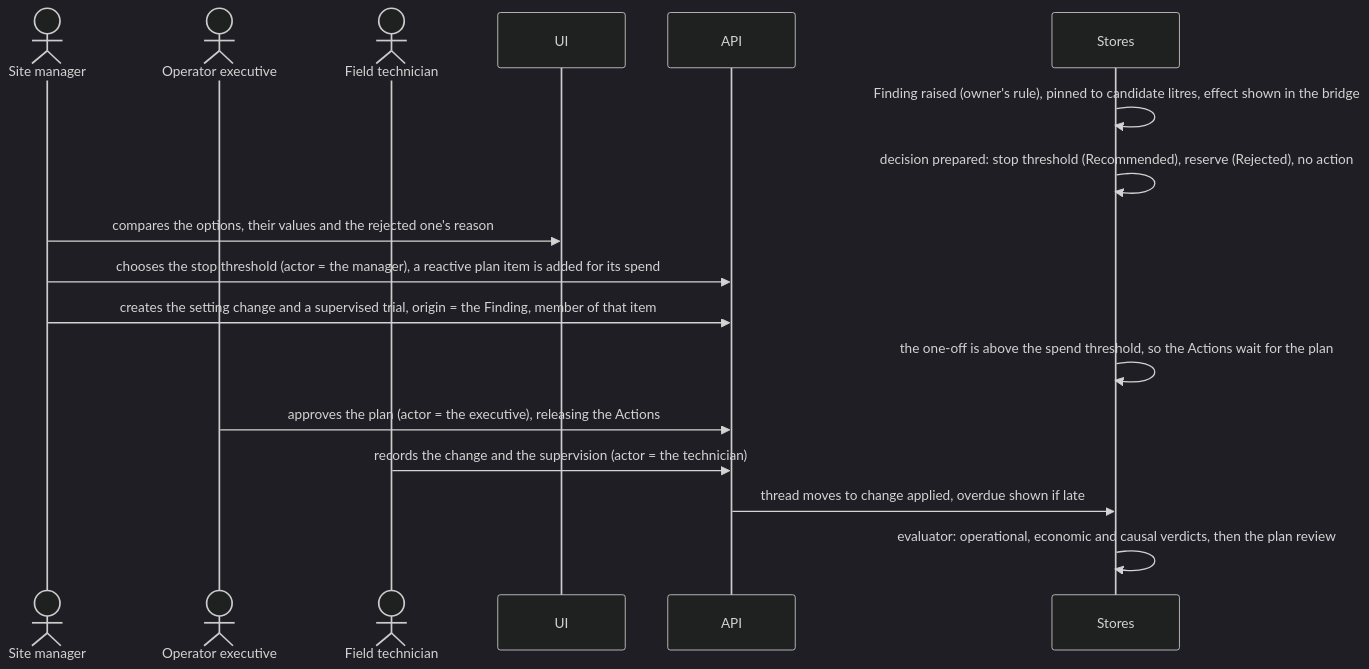
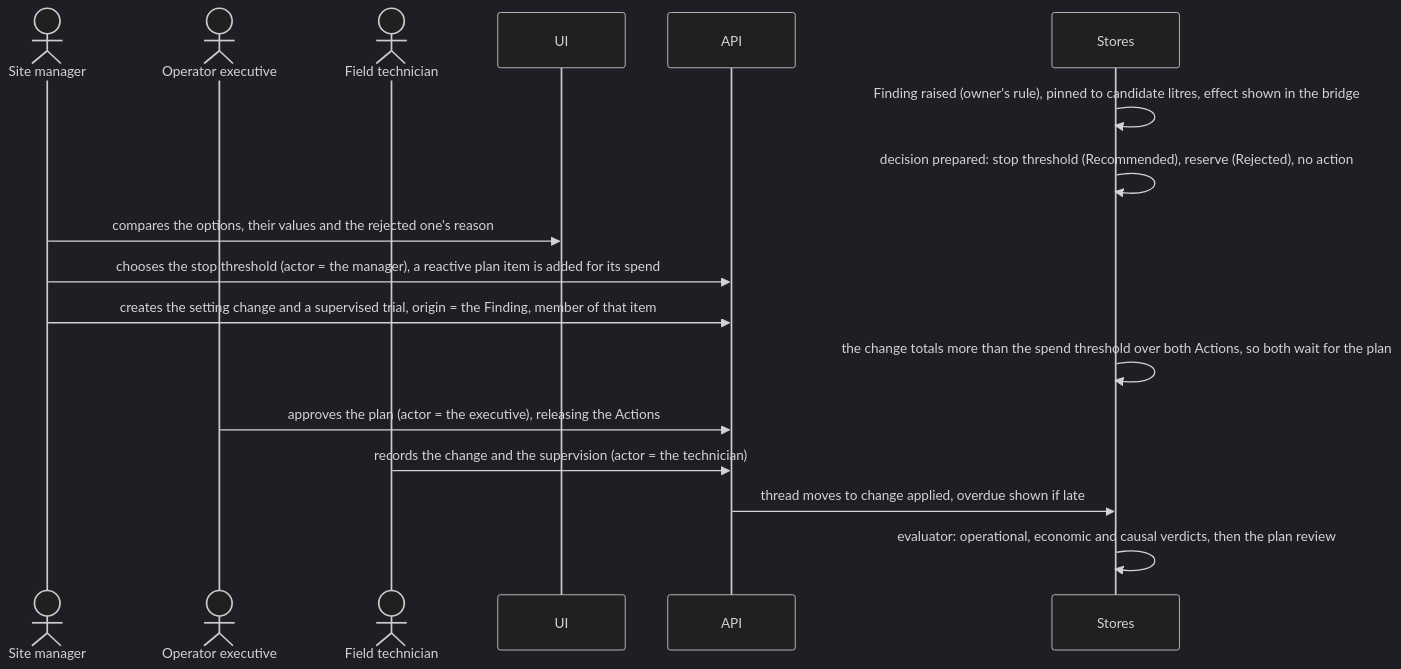
The ninth of 11 diagrams in Docs/demo-sprint/product-direction-layer4/layer4-transformation-design.md (bineyame/AssetOpsV1), drawn with Mermaid (dark theme) before and after one commit. The commit also changed other lines of this file and 4 other files, not shown here.

````diff
--- a/Docs/demo-sprint/product-direction-layer4/layer4-transformation-design.md
+++ b/Docs/demo-sprint/product-direction-layer4/layer4-transformation-design.md
@@ -516,19 +520,19 @@
 ```mermaid
 sequenceDiagram
   actor M as Site manager
   actor E as Operator executive
   actor T as Field technician
   participant UI
   participant API
   participant S as Stores
   S->>S: Finding raised (owner's rule), pinned to candidate litres, effect shown in the bridge
   S->>S: decision prepared: stop threshold (Recommended), reserve (Rejected), no action
   M->>UI: compares the options, their values and the rejected one's reason
   M->>API: chooses the stop threshold (actor = the manager), a reactive plan item is added for its spend
   M->>API: creates the setting change and a supervised trial, origin = the Finding, member of that item
-  S->>S: the one-off is above the spend threshold, so the Actions wait for the plan
+  S->>S: the change totals more than the spend threshold over both Actions, so both wait for the plan
   E->>API: approves the plan (actor = the executive), releasing the Actions
   T->>API: records the change and the supervision (actor = the technician)
   API->>S: thread moves to change applied, overdue shown if late
   S->>S: evaluator: operational, economic and causal verdicts, then the plan review
 ```
````
